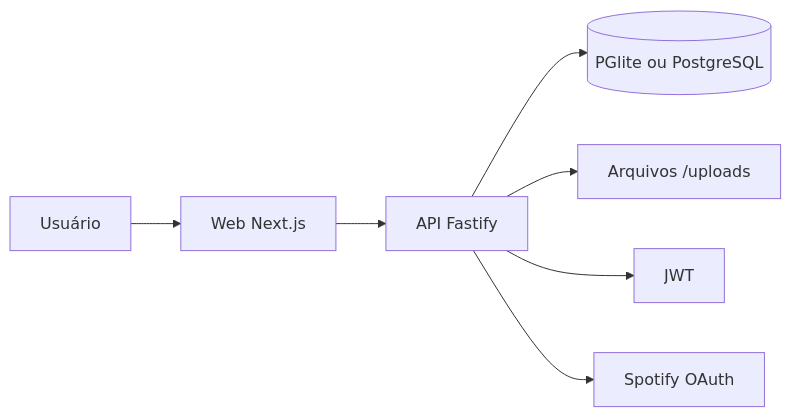
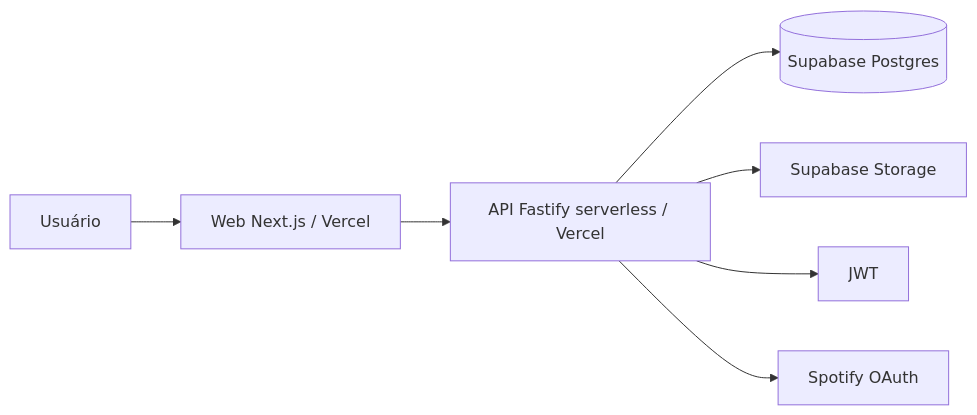
The diagram in README.md (Jean-Griggi/radar-de-resenha), drawn with Mermaid before and after one commit. The commit also changed other lines of this file and 24 other files, not shown here.

First line of the commit message:
feat(deploy): run API and web on Vercel with Supabase

````diff
--- a/README.md
+++ b/README.md
@@ -40,9 +40,9 @@
 ```mermaid
 flowchart LR
-  U[Usuário] --> WEB[Web Next.js]
-  WEB --> API[API Fastify]
-  API --> DB[(PGlite ou PostgreSQL)]
-  API --> FILES[Arquivos /uploads]
+  U[Usuário] --> WEB[Web Next.js / Vercel]
+  WEB --> API[API Fastify serverless / Vercel]
+  API --> DB[(Supabase Postgres)]
+  API --> FILES[Supabase Storage]
   API --> AUTH[JWT]
   API --> SPOTIFY[Spotify OAuth]
 ```
````
